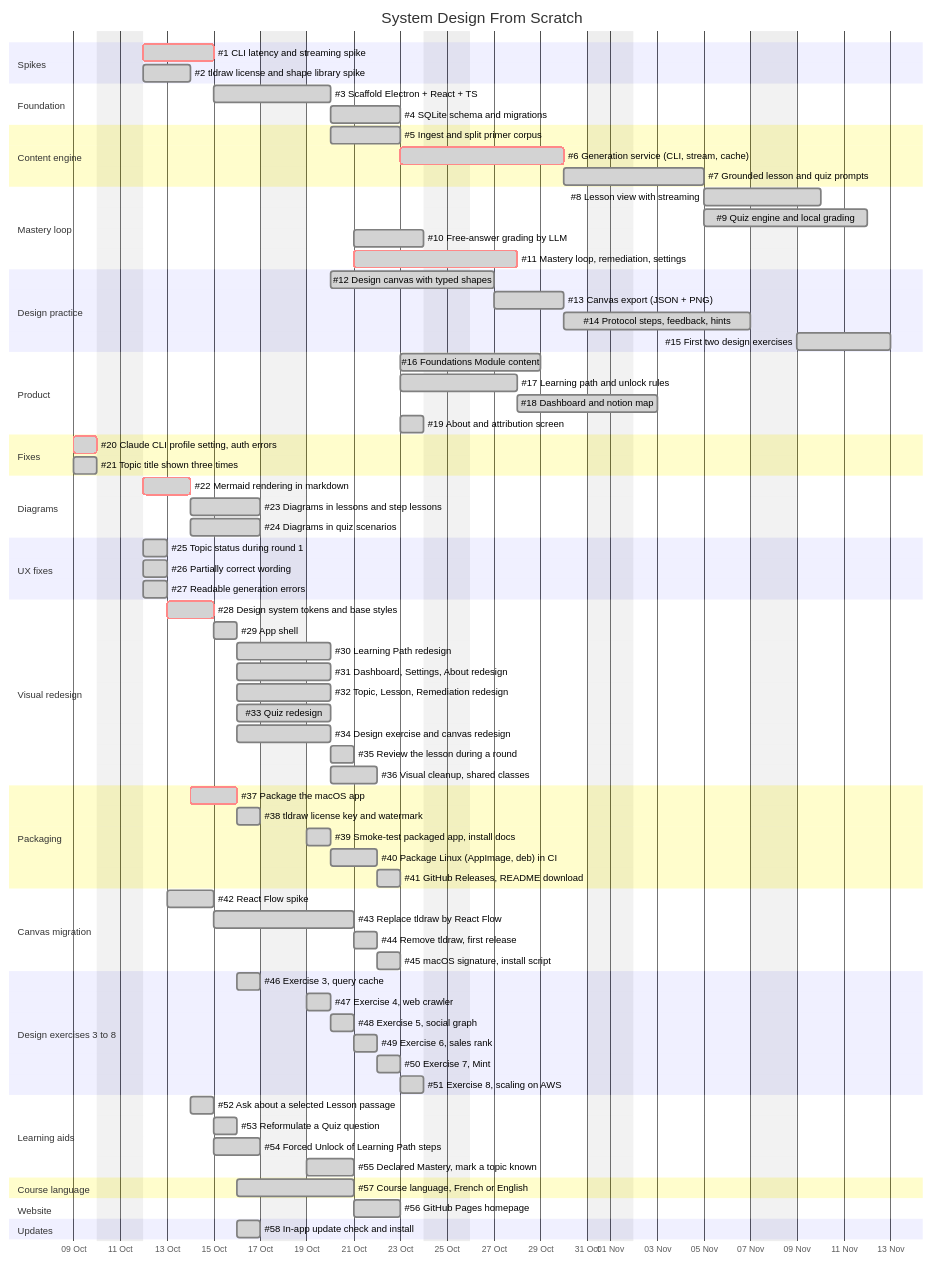
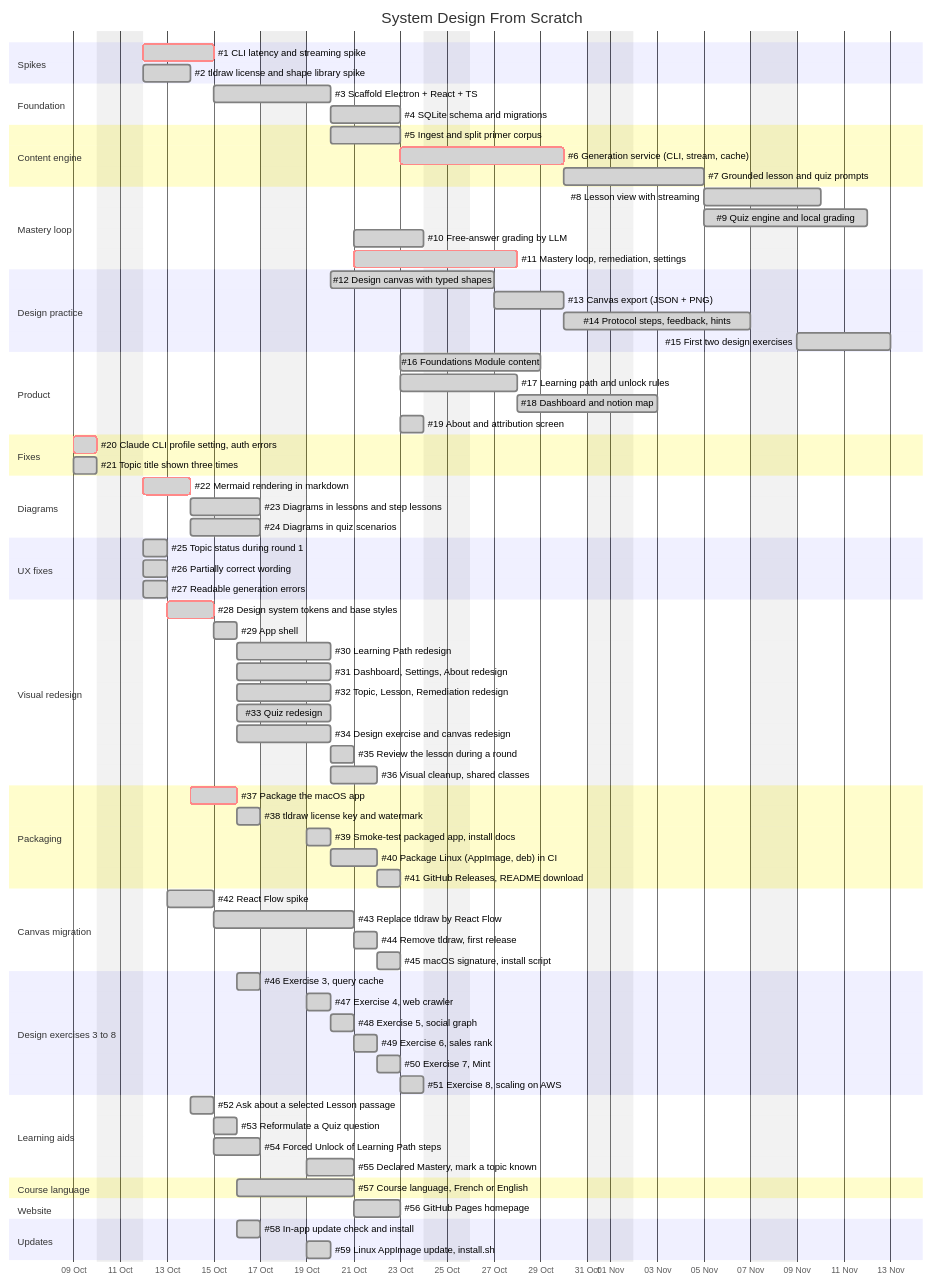
One commit to jbclaramonte/system-design-from-scratch changed the diagram in docs/ROADMAP.md. Above: the diagram before and after it, drawn with Mermaid. The commit also changed 27 other files, not shown here.

First line of the commit message:
feat: Linux AppImage one-click update and install.sh support

````diff
--- a/docs/ROADMAP.md
+++ b/docs/ROADMAP.md
@@ -108,4 +108,5 @@
 
     section Updates
     #58 In-app update check and install       :done, u1, 2026-10-16, 1d
+    #59 Linux AppImage update, install.sh     :done, u2, after u1, 1d
 ```
````
